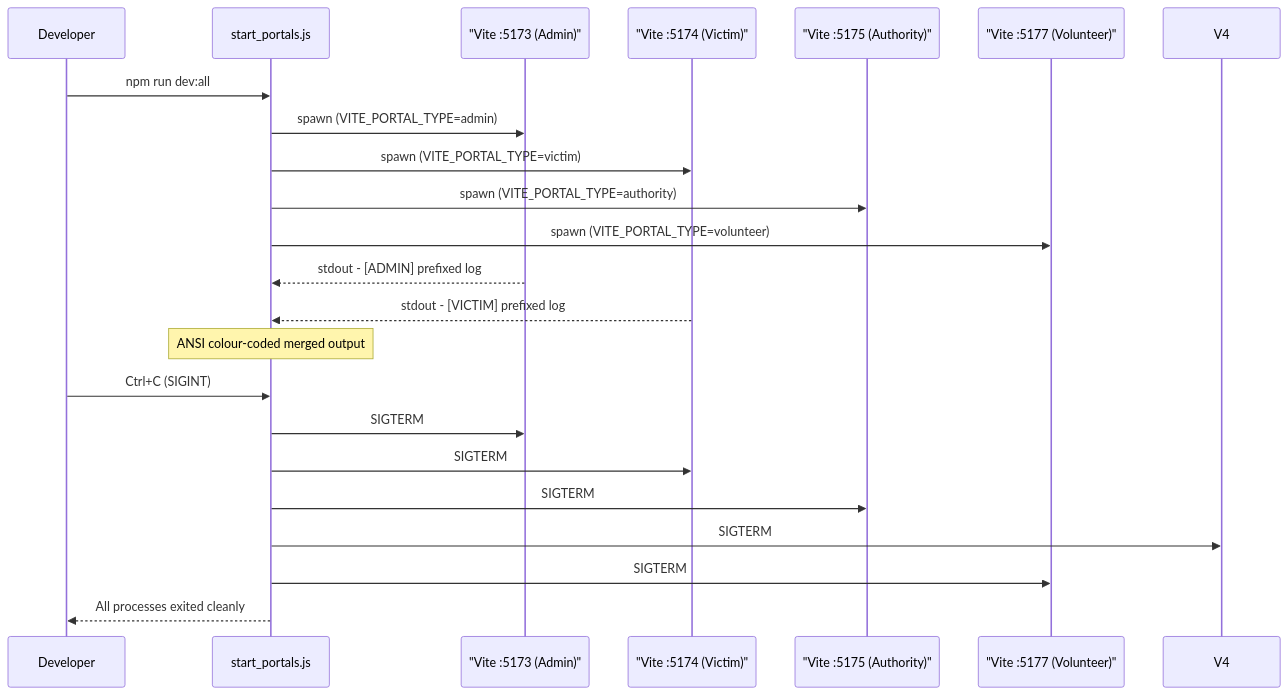
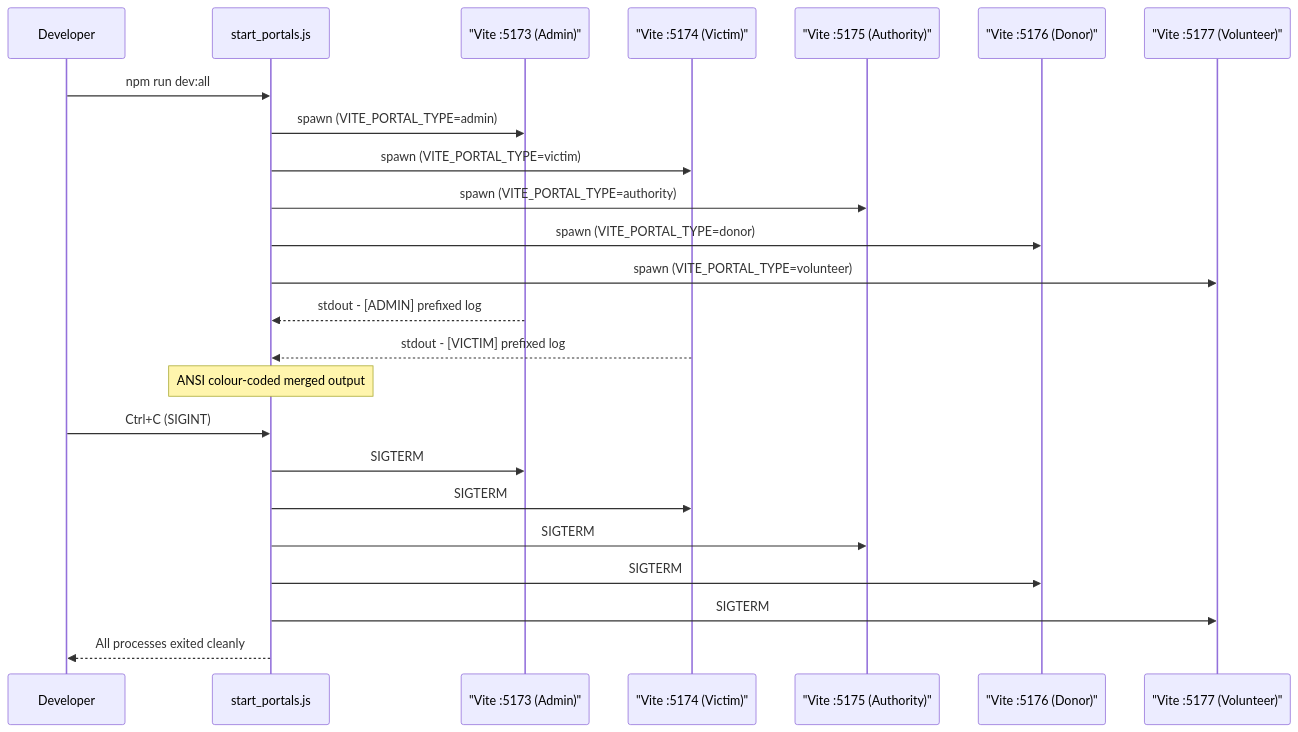
One commit to kavithaniwandi/R26-IT-047 changed the third of 3 diagrams in docs/08_frontend_portal_guide.md. Above: the diagram before and after it, drawn with Mermaid. The commit also changed other lines of this file and 6 other files, not shown here.

````diff
--- a/docs/08_frontend_portal_guide.md
+++ b/docs/08_frontend_portal_guide.md
@@ -281,25 +284,27 @@
 ```mermaid
 sequenceDiagram
     participant Dev as Developer
     participant Script as start_portals.js
     participant V1 as "Vite :5173 (Admin)"
     participant V2 as "Vite :5174 (Victim)"
     participant V3 as "Vite :5175 (Authority)"
+    participant V4 as "Vite :5176 (Donor)"
     participant V5 as "Vite :5177 (Volunteer)"
 
     Dev->>Script: npm run dev:all
     Script->>V1: spawn (VITE_PORTAL_TYPE=admin)
     Script->>V2: spawn (VITE_PORTAL_TYPE=victim)
     Script->>V3: spawn (VITE_PORTAL_TYPE=authority)
+    Script->>V4: spawn (VITE_PORTAL_TYPE=donor)
     Script->>V5: spawn (VITE_PORTAL_TYPE=volunteer)
     V1-->>Script: stdout - [ADMIN] prefixed log
     V2-->>Script: stdout - [VICTIM] prefixed log
     Note over Script: ANSI colour-coded merged output
     Dev->>Script: Ctrl+C (SIGINT)
     Script->>V1: SIGTERM
     Script->>V2: SIGTERM
     Script->>V3: SIGTERM
     Script->>V4: SIGTERM
     Script->>V5: SIGTERM
     Script-->>Dev: All processes exited cleanly
 ```
````
